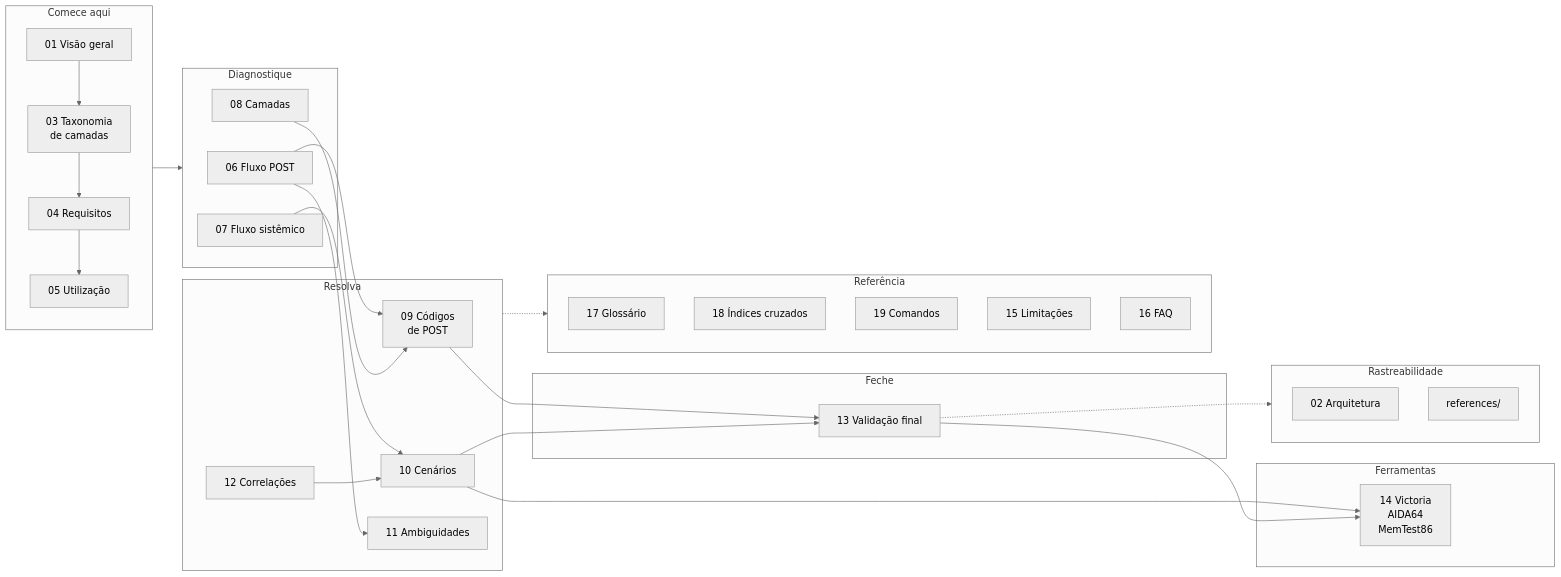
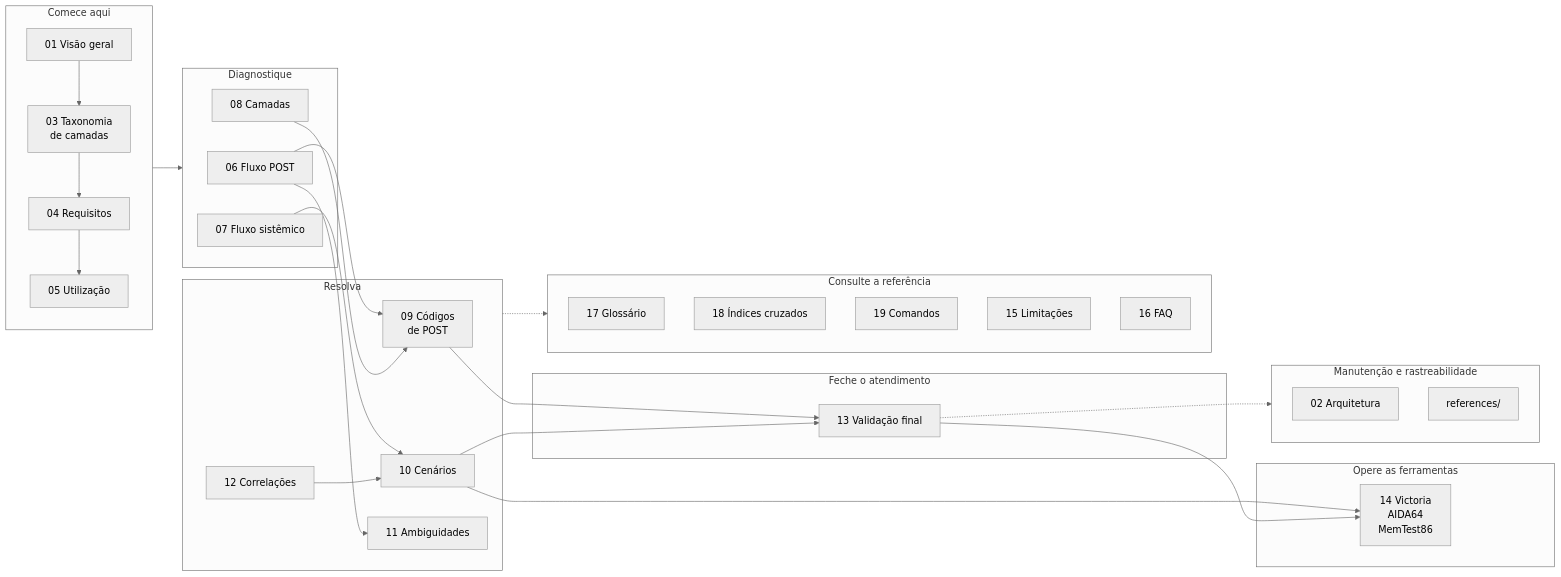
One commit to edsilas/base-diagnostico-hardware changed the diagram in docs/00-indice.md. Above: the diagram before and after it, drawn with Mermaid (neutral theme). The commit also changed other lines of this file and 3 other files, not shown here.

````diff
--- a/docs/00-indice.md
+++ b/docs/00-indice.md
@@ -46,47 +45,47 @@
 ```mermaid
 flowchart LR
     subgraph EN["Comece aqui"]
         A1["01 Visão geral"] --> A2["03 Taxonomia<br/>de camadas"] --> A3["04 Requisitos"] --> A4["05 Utilização"]
     end
     subgraph DI["Diagnostique"]
         B1["06 Fluxo POST"]
         B2["07 Fluxo sistêmico"]
         B3["08 Camadas"]
     end
     subgraph RE["Resolva"]
         C1["09 Códigos<br/>de POST"]
         C2["10 Cenários"]
         C3["11 Ambiguidades"]
         C4["12 Correlações"]
     end
-    subgraph FE["Feche"]
+    subgraph FE["Feche o atendimento"]
         D1["13 Validação final"]
     end
-    subgraph FR["Ferramentas"]
+    subgraph FR["Opere as ferramentas"]
         E1["14 Victoria<br/>AIDA64<br/>MemTest86"]
     end
-    subgraph RF["Referência"]
+    subgraph RF["Consulte a referência"]
         F1["17 Glossário"]
         F2["18 Índices cruzados"]
         F3["19 Comandos"]
         F4["15 Limitações"]
         F5["16 FAQ"]
     end
-    subgraph MA["Rastreabilidade"]
+    subgraph MA["Manutenção e rastreabilidade"]
         G1["02 Arquitetura"]
         G2["references/"]
     end
 
     EN --> DI
     B1 --> C1
     B1 --> C3
     B2 --> C2
     B3 --> C1
     C1 --> D1
     C2 --> D1
     C4 --> C2
     C2 --> E1
     D1 --> E1
     RE -.-> RF
     D1 -.-> MA
 ```
````
